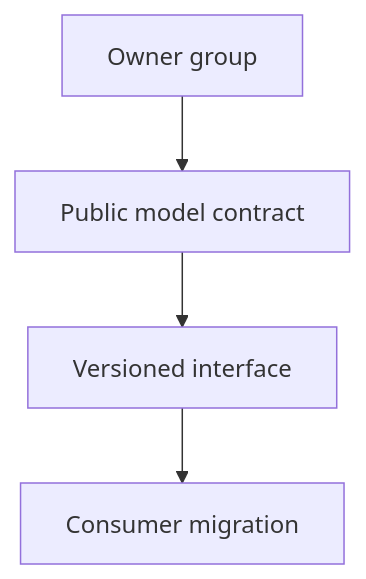
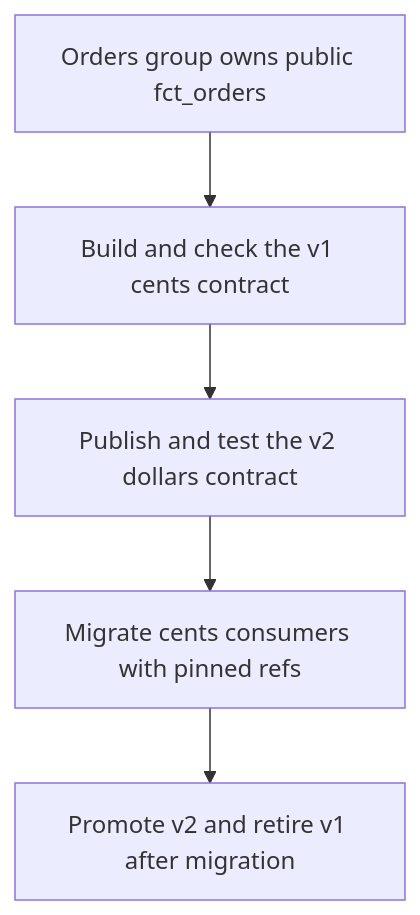
One commit to Rohit1024/dbt-learn changed the diagram in docs/lessons/0029-contracts-model-versions-and-groups.md. Above: the diagram before and after it, drawn with Mermaid. The commit also changed other lines of this file and 4 other files, not shown here.

````diff
--- a/docs/lessons/0029-contracts-model-versions-and-groups.md
+++ b/docs/lessons/0029-contracts-model-versions-and-groups.md
@@ -7,8 +17,7 @@
 ```mermaid
 flowchart TD
-    A["Owner group"]
-    B["Public model contract"]
-    C["Versioned interface"]
-    D["Consumer migration"]
-    A --> B --> C --> D
+    A["Orders group owns public fct_orders"] --> B["Build and check the v1 cents contract"]
+    B --> C["Publish and test the v2 dollars contract"]
+    C --> D["Migrate cents consumers with pinned refs"]
+    D --> E["Promote v2 and retire v1 after migration"]
 ```
````
